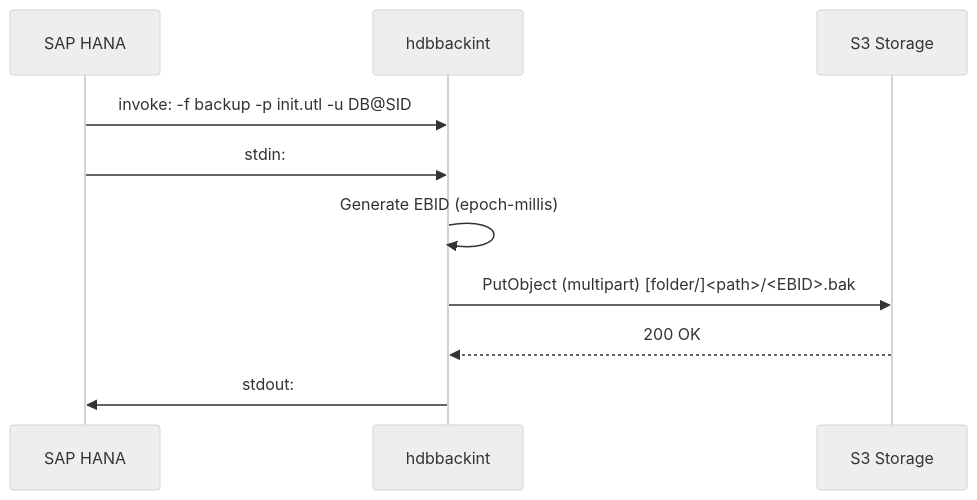
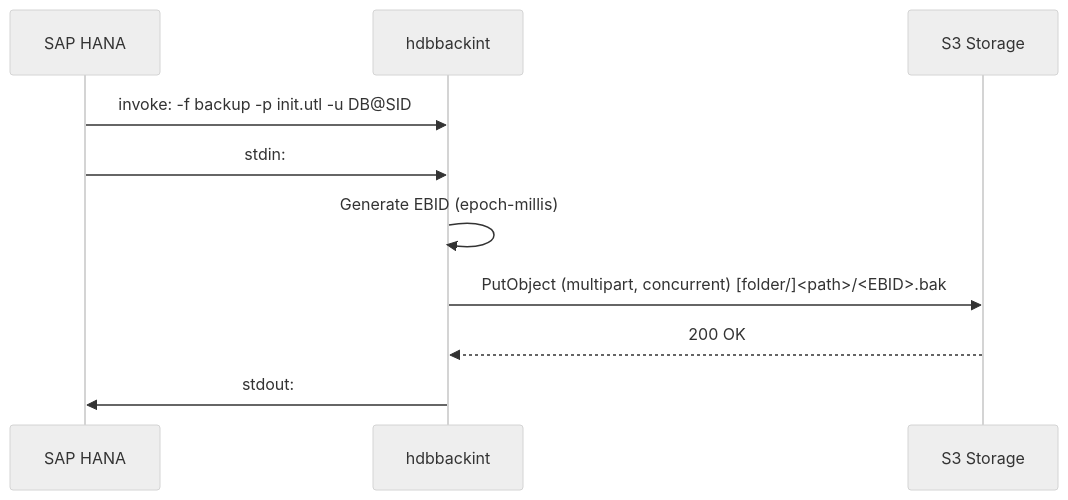
Before and after one commit to SAP-cloud-infrastructure/sap-hana-backup-integration: the second of 3 diagrams in README.md, drawn with Mermaid (neutral theme). The commit also changed other lines of this file and 8 other files, not shown here.

````diff
--- a/README.md
+++ b/README.md
@@ -146,13 +204,13 @@
 ```mermaid
 sequenceDiagram
     participant HANA as SAP HANA
     participant BIN as hdbbackint
     participant S3 as S3 Storage
 
     HANA->>BIN: invoke: -f backup -p init.utl -u DB@SID
     HANA->>BIN: stdin: #PIPE /path/to/backup/file <maxsize>
     BIN->>BIN: Generate EBID (epoch-millis)
-    BIN->>S3: PutObject (multipart) [folder/]<path>/<EBID>.bak
+    BIN->>S3: PutObject (multipart, concurrent) [folder/]<path>/<EBID>.bak
     S3-->>BIN: 200 OK
     BIN->>HANA: stdout: #SAVED "<EBID>" "/path/to/backup/file" <bytes>
 ```
````
